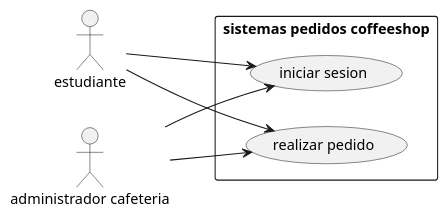
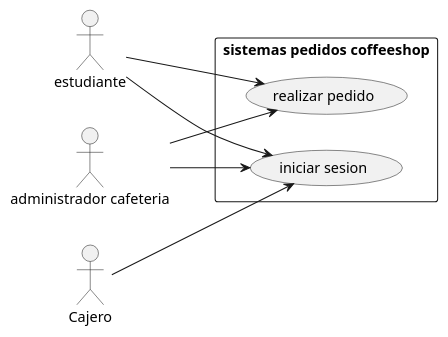
One commit to delaossa41/COFFEE-SHOP changed the diagram in casosuso.plantuml. Above: the diagram before and after it, drawn with PlantUML. The commit also changed 2 other files, not shown here.

```diff
--- a/casosuso.plantuml
+++ b/casosuso.plantuml
@@ -1,16 +1,18 @@
 @startuml casoscoffeeshop
 left to right direction
 actor "estudiante" as est
 actor "administrador cafeteria" as admin
+actor "Cajero" as cajero
 
 rectangle "sistemas pedidos coffeeshop" {
   usecase "iniciar sesion" as UC1
   usecase "realizar pedido" as UC2
   
 }
 
 est --> UC1
 est --> UC2
 admin --> UC1
 admin --> UC2
+cajero --> UC1
 @enduml 
```
